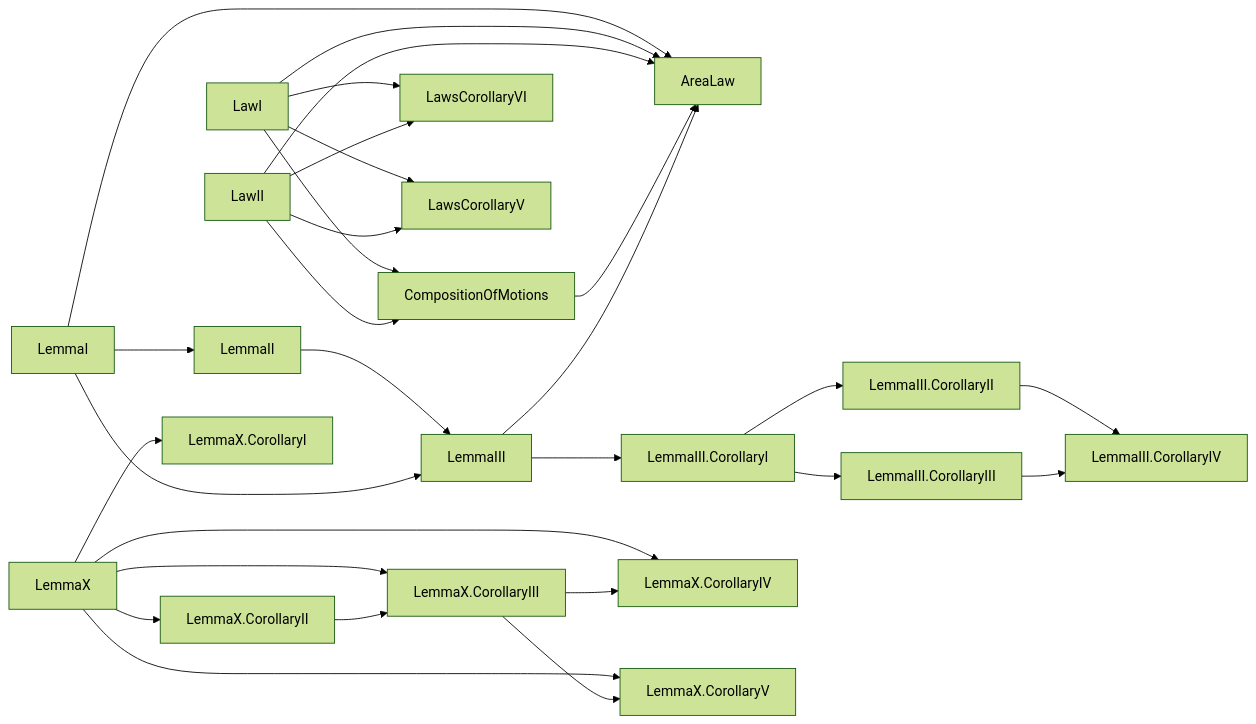
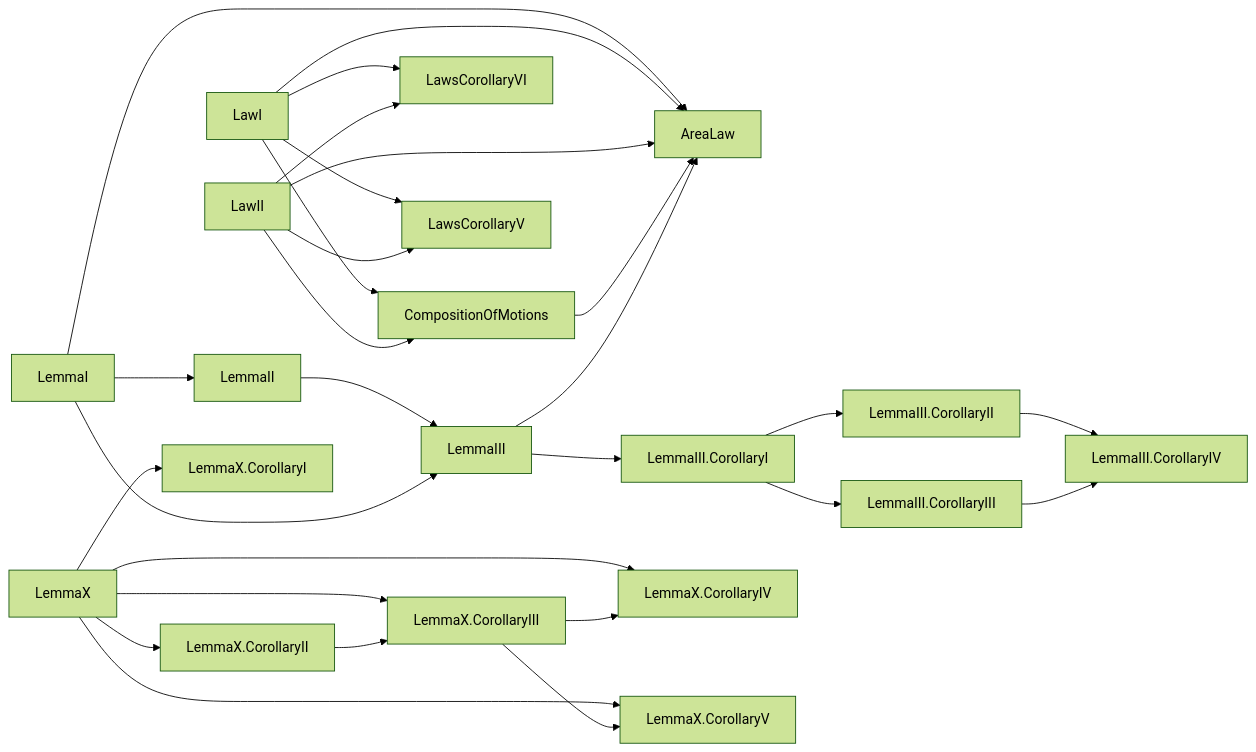
Before and after one commit to arivero/newtonlean: the seventh of 7 diagrams in research/figures.md, drawn with Mermaid (forest theme). The commit also changed other lines of this file and 57 other files, not shown here.

````diff
--- a/research/figures.md
+++ b/research/figures.md
@@ -223,30 +223,30 @@
 ```mermaid
 flowchart LR
   LemmaII["LemmaII"] --> LemmaIII["LemmaIII"]
   LemmaI["LemmaI"] --> LemmaIII["LemmaIII"]
   LemmaI["LemmaI"] --> AreaLaw["AreaLaw"]
   LawI["LawI"] --> CompositionOfMotions["CompositionOfMotions"]
   LawII["LawII"] --> CompositionOfMotions["CompositionOfMotions"]
   LawI["LawI"] --> AreaLaw["AreaLaw"]
   LawII["LawII"] --> AreaLaw["AreaLaw"]
   CompositionOfMotions["CompositionOfMotions"] --> AreaLaw["AreaLaw"]
   LemmaIII["LemmaIII"] --> LemmaIII_CorollaryI["LemmaIII.CorollaryI"]
+  LawI["LawI"] --> LawsCorollaryVI["LawsCorollaryVI"]
+  LawII["LawII"] --> LawsCorollaryVI["LawsCorollaryVI"]
+  LemmaI["LemmaI"] --> LemmaII["LemmaII"]
   LemmaIII["LemmaIII"] --> AreaLaw["AreaLaw"]
-  LemmaIII_CorollaryI["LemmaIII.CorollaryI"] --> LemmaIII_CorollaryIII["LemmaIII.CorollaryIII"]
   LemmaIII_CorollaryII["LemmaIII.CorollaryII"] --> LemmaIII_CorollaryIV["LemmaIII.CorollaryIV"]
   LemmaIII_CorollaryIII["LemmaIII.CorollaryIII"] --> LemmaIII_CorollaryIV["LemmaIII.CorollaryIV"]
-  LemmaI["LemmaI"] --> LemmaII["LemmaII"]
+  LemmaX["LemmaX"] --> LemmaX_CorollaryIV["LemmaX.CorollaryIV"]
+  LemmaX_CorollaryIII["LemmaX.CorollaryIII"] --> LemmaX_CorollaryIV["LemmaX.CorollaryIV"]
+  LemmaIII_CorollaryI["LemmaIII.CorollaryI"] --> LemmaIII_CorollaryIII["LemmaIII.CorollaryIII"]
   LemmaX["LemmaX"] --> LemmaX_CorollaryII["LemmaX.CorollaryII"]
   LemmaX["LemmaX"] --> LemmaX_CorollaryI["LemmaX.CorollaryI"]
+  LemmaX["LemmaX"] --> LemmaX_CorollaryV["LemmaX.CorollaryV"]
+  LemmaX_CorollaryIII["LemmaX.CorollaryIII"] --> LemmaX_CorollaryV["LemmaX.CorollaryV"]
+  LemmaIII_CorollaryI["LemmaIII.CorollaryI"] --> LemmaIII_CorollaryII["LemmaIII.CorollaryII"]
   LemmaX["LemmaX"] --> LemmaX_CorollaryIII["LemmaX.CorollaryIII"]
   LemmaX_CorollaryII["LemmaX.CorollaryII"] --> LemmaX_CorollaryIII["LemmaX.CorollaryIII"]
-  LawI["LawI"] --> LawsCorollaryVI["LawsCorollaryVI"]
-  LawII["LawII"] --> LawsCorollaryVI["LawsCorollaryVI"]
   LawI["LawI"] --> LawsCorollaryV["LawsCorollaryV"]
   LawII["LawII"] --> LawsCorollaryV["LawsCorollaryV"]
-  LemmaIII_CorollaryI["LemmaIII.CorollaryI"] --> LemmaIII_CorollaryII["LemmaIII.CorollaryII"]
-  LemmaX["LemmaX"] --> LemmaX_CorollaryIV["LemmaX.CorollaryIV"]
-  LemmaX_CorollaryIII["LemmaX.CorollaryIII"] --> LemmaX_CorollaryIV["LemmaX.CorollaryIV"]
-  LemmaX["LemmaX"] --> LemmaX_CorollaryV["LemmaX.CorollaryV"]
-  LemmaX_CorollaryIII["LemmaX.CorollaryIII"] --> LemmaX_CorollaryV["LemmaX.CorollaryV"]
 ```
````
